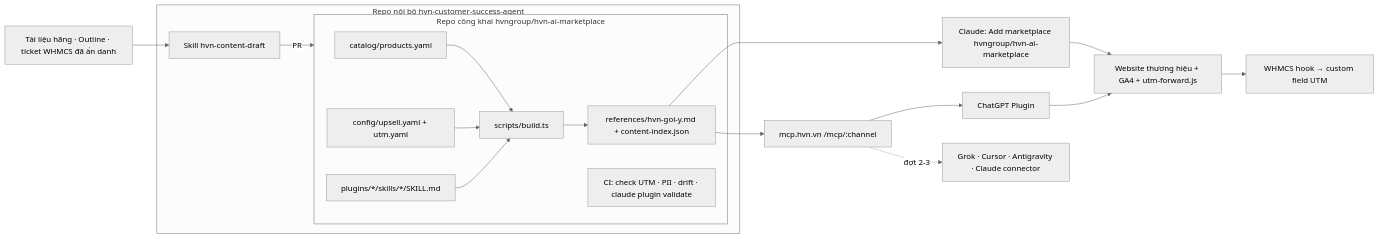
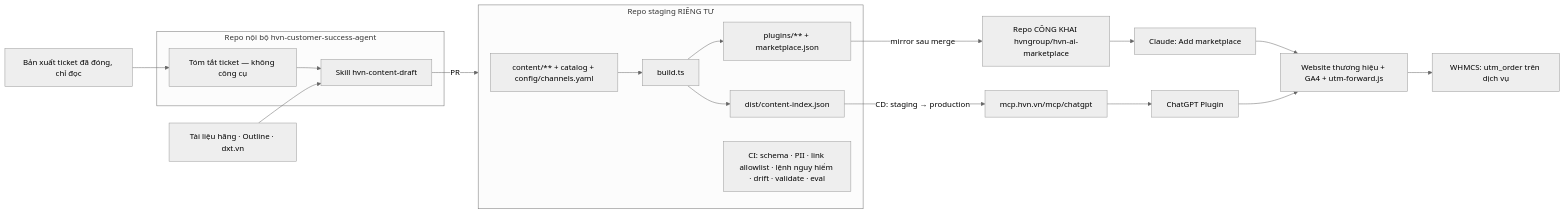
The diagram in plans/261021-1121-hvn-ai-plugin-marketplace/plan.md (HVN-GROUP/hvn-customer-success-agent), drawn with Mermaid (neutral theme) before and after one commit. The commit also changed other lines of this file and 7 other files, not shown here.

````diff
--- a/plans/261021-1121-hvn-ai-plugin-marketplace/plan.md
+++ b/plans/261021-1121-hvn-ai-plugin-marketplace/plan.md
@@ -42,20 +45,21 @@
 ```mermaid
 flowchart LR
-  subgraph PRIV[Repo nội bộ hvn-customer-success-agent]
-    SK[Skill hvn-content-draft] -->|PR| PUB
+  subgraph INT[Repo nội bộ hvn-customer-success-agent]
+    SUM[Tóm tắt ticket — không công cụ] --> SK[Skill hvn-content-draft]
   end
-  SRC[Tài liệu hãng · Outline · ticket WHMCS đã ẩn danh] --> SK
-  subgraph PUB[Repo công khai hvngroup/hvn-ai-marketplace]
-    CAT[catalog/products.yaml] --> B[scripts/build.ts]
-    CFG[config/upsell.yaml + utm.yaml] --> B
-    SKL[plugins/*/skills/*/SKILL.md] --> B
-    B --> GEN[references/hvn-goi-y.md + content-index.json]
-    CI[CI: check UTM · PII · drift · claude plugin validate]
+  EXP[Bản xuất ticket đã đóng, chỉ đọc] --> SUM
+  DOC[Tài liệu hãng · Outline · dxt.vn] --> SK
+  SK -->|PR| STG
+  subgraph STG[Repo staging RIÊNG TƯ]
+    SRC[content/** + catalog + config/channels.yaml] --> B[build.ts]
+    B --> PLG[plugins/** + marketplace.json]
+    B --> IDX[dist/content-index.json]
+    CI[CI: schema · PII · link allowlist · lệnh nguy hiểm · drift · validate · eval]
   end
-  GEN --> CM[Claude: Add marketplace hvngroup/hvn-ai-marketplace]
-  GEN --> MCP[mcp.hvn.vn /mcp/:channel]
+  PLG -->|mirror sau merge| PUB[Repo CÔNG KHAI hvngroup/hvn-ai-marketplace]
+  PUB --> CM[Claude: Add marketplace]
+  IDX -->|CD: staging → production| MCP[mcp.hvn.vn/mcp/chatgpt]
   MCP --> GPT[ChatGPT Plugin]
-  MCP -.đợt 2-3.-> OTH[Grok · Cursor · Antigravity · Claude connector]
   CM & GPT --> WEB[Website thương hiệu + GA4 + utm-forward.js]
-  WEB --> WH[WHMCS hook → custom field UTM]
+  WEB --> WH[WHMCS: utm_order trên dịch vụ]
 ```
````
